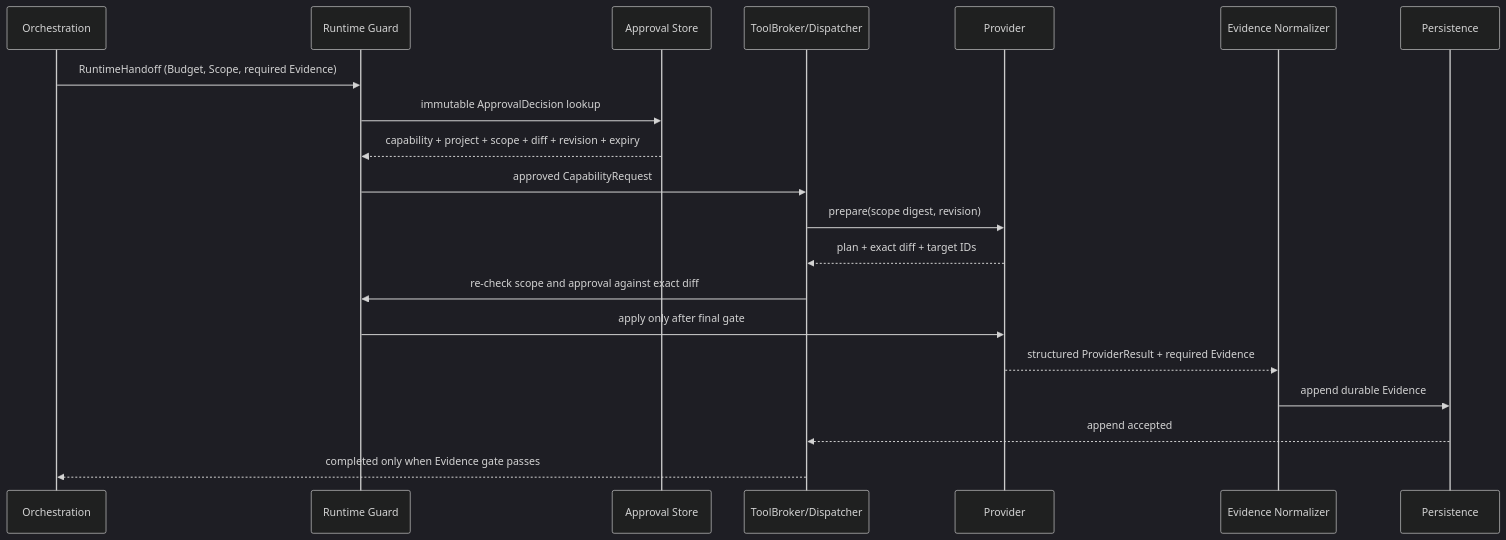
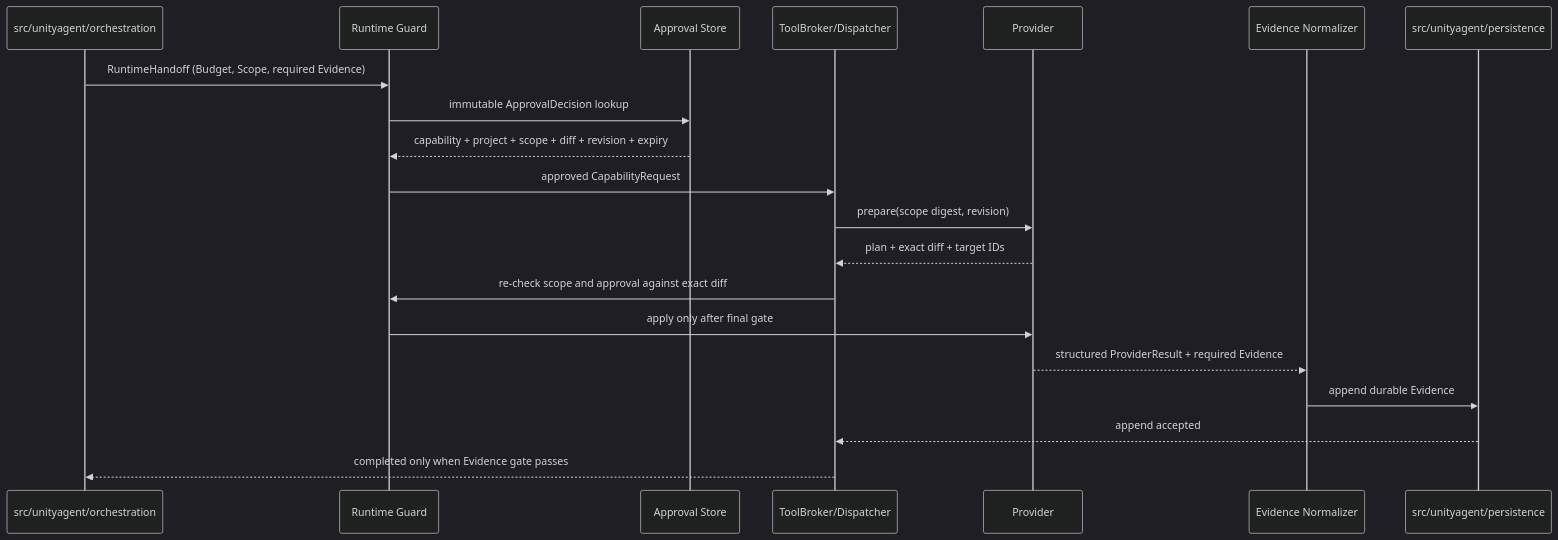
Before and after one commit to DarumaPPAP/UnityAgent: the third of 4 diagrams in docs/architecture/reviews/unityagent-quality-2026-09-04/execution-flows.md, drawn with Mermaid (dark theme). The commit also changed other lines of this file and 1025 other files, not shown here.

````diff
--- a/docs/architecture/reviews/unityagent-quality-2026-09-04/execution-flows.md
+++ b/docs/architecture/reviews/unityagent-quality-2026-09-04/execution-flows.md
@@ -47,23 +47,23 @@
 ```mermaid
 sequenceDiagram
-    participant O as Orchestration
+    participant O as src/unityagent/orchestration
     participant G as Runtime Guard
     participant A as Approval Store
     participant B as ToolBroker/Dispatcher
     participant P as Provider
     participant N as Evidence Normalizer
-    participant S as Persistence
+    participant S as src/unityagent/persistence
 
     O->>G: RuntimeHandoff (Budget, Scope, required Evidence)
     G->>A: immutable ApprovalDecision lookup
     A-->>G: capability + project + scope + diff + revision + expiry
     G->>B: approved CapabilityRequest
     B->>P: prepare(scope digest, revision)
     P-->>B: plan + exact diff + target IDs
     B->>G: re-check scope and approval against exact diff
     G->>P: apply only after final gate
     P-->>N: structured ProviderResult + required Evidence
     N->>S: append durable Evidence
     S-->>B: append accepted
     B-->>O: completed only when Evidence gate passes
 ```
````
